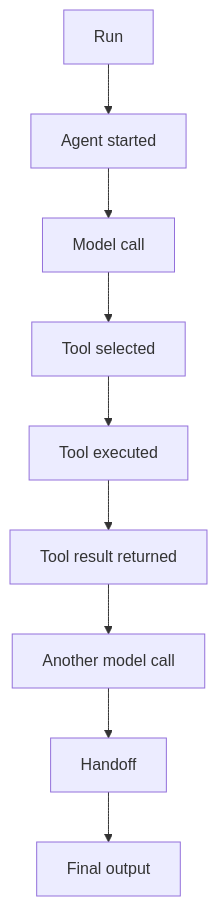
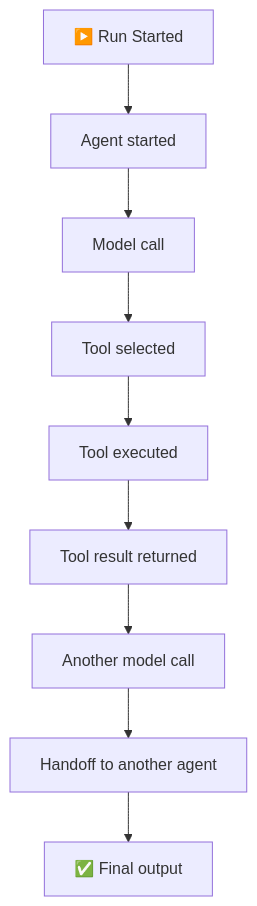
One commit to maliksiddiq/learning-agentic-ai changed diagram 16 of 31 in Agentic Ai Learning/08 Open-ai-agent-sdk/00 Introduction/Readme.md. Above: the diagram before and after it, drawn with Mermaid. The commit also changed other lines of this file, not shown here.

Commit message:
Introduction OF open-ai-agent-sdk

````diff
--- a/Agentic Ai Learning/08 Open-ai-agent-sdk/00 Introduction/Readme.md
+++ b/Agentic Ai Learning/08 Open-ai-agent-sdk/00 Introduction/Readme.md
@@ -293,11 +376,11 @@
 ```mermaid
 flowchart TD
-    Run --> A1[Agent started]
+    Run[▶️ Run Started] --> A1[Agent started]
     A1 --> A2[Model call]
     A2 --> A3[Tool selected]
     A3 --> A4[Tool executed]
     A4 --> A5[Tool result returned]
     A5 --> A6[Another model call]
-    A6 --> A7[Handoff]
-    A7 --> A8[Final output]
+    A6 --> A7[Handoff to another agent]
+    A7 --> A8["✅ Final output"]
 ```
````
